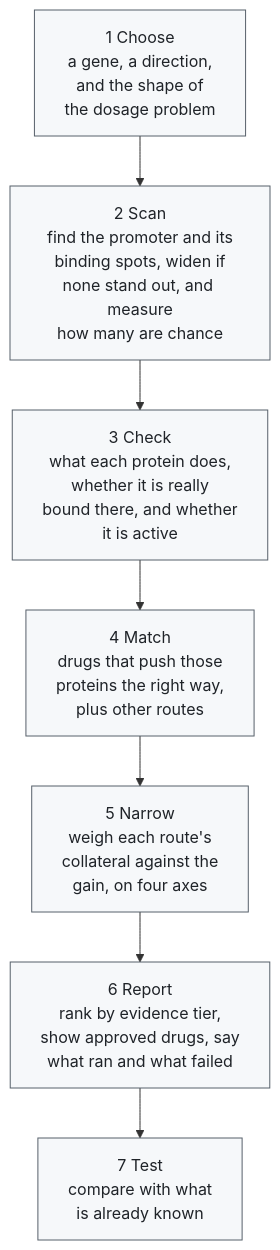
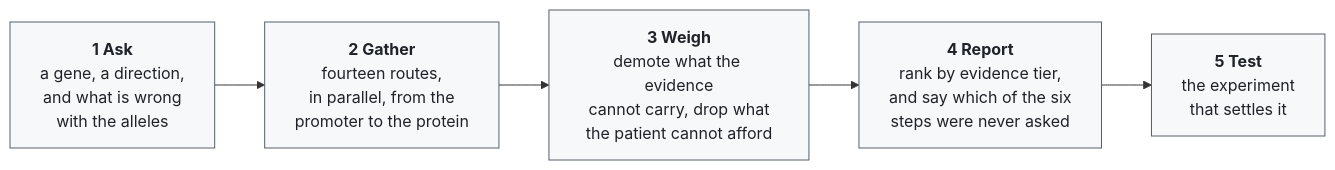
Before and after one commit to kjmartin44/Martins: the diagram in README.md, drawn with Mermaid. The commit also changed other lines of this file and 8 other files, not shown here.

````diff
--- a/README.md
+++ b/README.md
@@ -24,13 +19,11 @@
 ```mermaid
-flowchart TB
-    A["1 Choose<br/>a gene, a direction,<br/>and the shape of<br/>the dosage problem"]
-    B["2 Scan<br/>find the promoter and its<br/>binding spots, widen if<br/>none stand out, and measure<br/>how many are chance"]
-    C["3 Check<br/>what each protein does,<br/>whether it is really<br/>bound there, and whether<br/>it is active"]
-    D["4 Match<br/>drugs that push those<br/>proteins the right way,<br/>plus other routes"]
-    E["5 Narrow<br/>weigh each route's<br/>collateral against the<br/>gain, on four axes"]
-    F["6 Report<br/>rank by evidence tier,<br/>show approved drugs, say<br/>what ran and what failed"]
-    G["7 Test<br/>compare with what<br/>is already known"]
-    A --> B --> C --> D --> E --> F --> G
+flowchart LR
+    A["<b>1 Ask</b><br/>a gene, a direction,<br/>and what is wrong<br/>with the alleles"]
+    B["<b>2 Gather</b><br/>fourteen routes,<br/>in parallel, from the<br/>promoter to the protein"]
+    C["<b>3 Weigh</b><br/>demote what the evidence<br/>cannot carry, drop what<br/>the patient cannot afford"]
+    D["<b>4 Report</b><br/>rank by evidence tier,<br/>and say which of the six<br/>steps were never asked"]
+    E["<b>5 Test</b><br/>the experiment<br/>that settles it"]
+    A --> B --> C --> D --> E
     classDef step fill:#f6f8fa,stroke:#57606a,color:#1f2328
-    class A,B,C,D,E,F,G step
+    class A,B,C,D,E step
 ```
````
